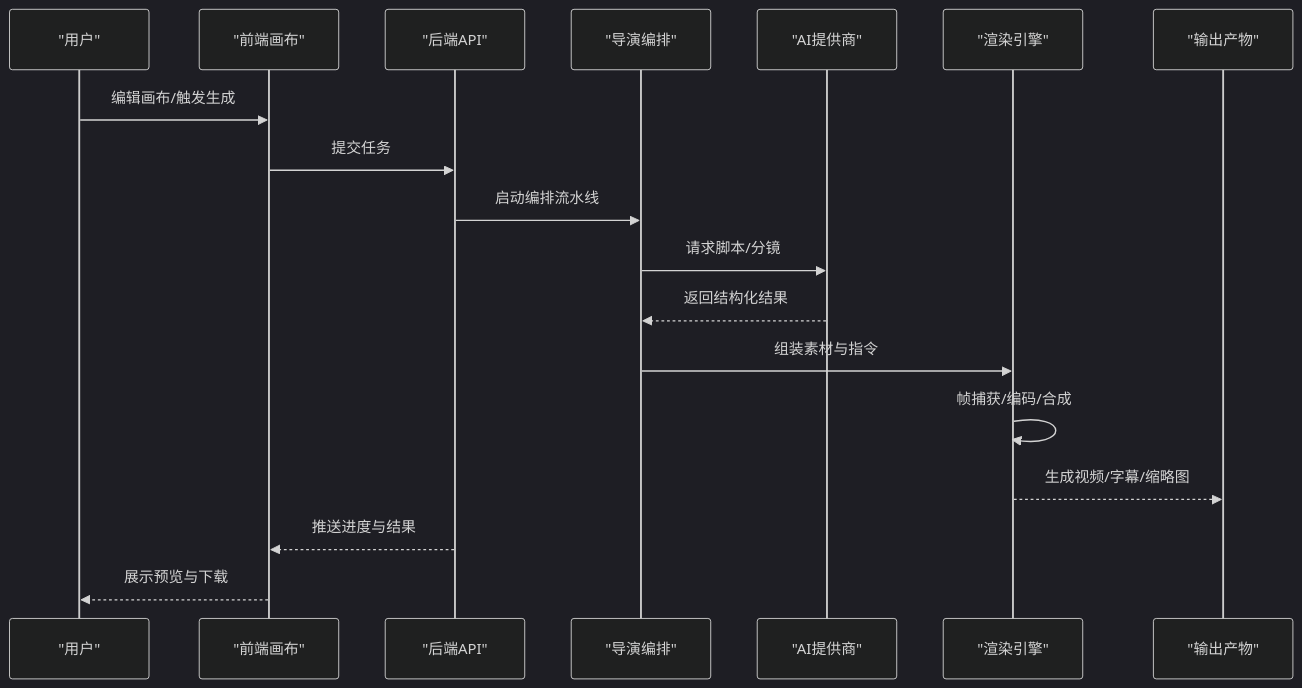
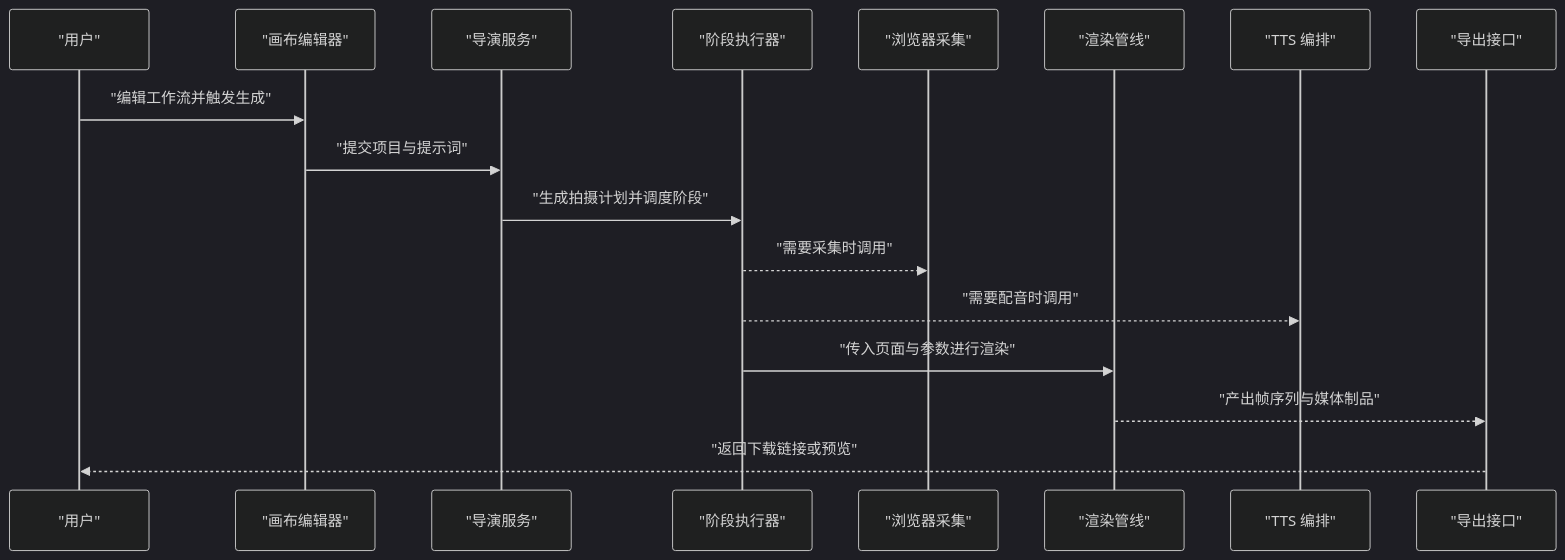
Before and after one commit to scottcwy/PurpleInk: the second of 8 diagrams in .qoder/repowiki/zh/content/项目概述/核心功能特性/核心功能特性.md, drawn with Mermaid (dark theme). The commit also changed other lines of this file and 872 other files, not shown here.

````diff
--- a/.qoder/repowiki/zh/content/项目概述/核心功能特性/核心功能特性.md
+++ b/.qoder/repowiki/zh/content/项目概述/核心功能特性/核心功能特性.md
@@ -102,20 +112,19 @@
 ```mermaid
 sequenceDiagram
-participant U as "用户"
-participant FE as "前端画布"
-participant API as "后端API"
-participant DIR as "导演编排"
-participant AI as "AI提供商"
-participant RND as "渲染引擎"
-participant OUT as "输出产物"
-U->>FE : 编辑画布/触发生成
-FE->>API : 提交任务
-API->>DIR : 启动编排流水线
-DIR->>AI : 请求脚本/分镜
-AI-->>DIR : 返回结构化结果
-DIR->>RND : 组装素材与指令
-RND->>RND : 帧捕获/编码/合成
-RND-->>OUT : 生成视频/字幕/缩略图
-API-->>FE : 推送进度与结果
-FE-->>U : 展示预览与下载
+participant User as "用户"
+participant Canvas as "画布编辑器"
+participant Director as "导演服务"
+participant Stage as "阶段执行器"
+participant Capture as "浏览器采集"
+participant Render as "渲染管线"
+participant TTS as "TTS 编排"
+participant Export as "导出接口"
+User->>Canvas : "编辑工作流并触发生成"
+Canvas->>Director : "提交项目与提示词"
+Director->>Stage : "生成拍摄计划并调度阶段"
+Stage-->>Capture : "需要采集时调用"
+Stage-->>TTS : "需要配音时调用"
+Stage->>Render : "传入页面与参数进行渲染"
+Render-->>Export : "产出帧序列与媒体制品"
+Export-->>User : "返回下载链接或预览"
 ```
````
